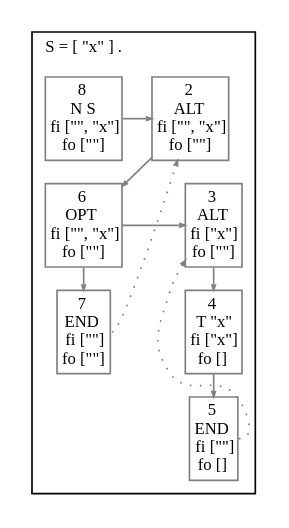
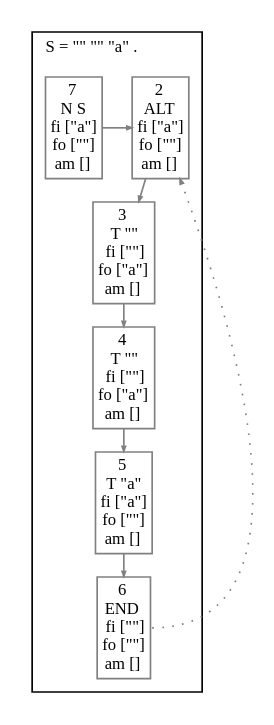
One commit to JanWillemBrands/AoC2021 changed the diagram in ART.gv. Above: the diagram before and after it, drawn with Graphviz. The commit also changed 8 other files, not shown here.

```diff
--- a/ART.gv
+++ b/ART.gv
@@ -1,28 +1,25 @@
 digraph G {
   fontname = Menlo
   fontsize = 10
   node [fontname = Menlo, fontsize = 10, color = gray, height = 0, width = 0, margin= 0.04]
   edge [fontname = Menlo, fontsize = 10, color = gray, arrowsize = 0.3]
   graph [ordering = out, ranksep = 0.2]
   rankdir = "TB"
   subgraph clusterS {
     node [shape = box]
-    label = <S = [ "x" ] .>
+    label = <S = "" "" "a" .>
     labeljust = l
-    8 [label = <8<br/>N S<br/>fi ["", "x"]<br/>fo [""]>]
-    8 -> 2 {rank = same; 8; 2;}
-    2 [label = <2<br/>ALT <br/>fi ["", "x"]<br/>fo [""]>]
-    2 -> 6 [weight=100]
-    6 [label = <6<br/>OPT <br/>fi ["", "x"]<br/>fo [""]>]
-    6 -> 3 {rank = same; 6; 3;}
-    3 [label = <3<br/>ALT <br/>fi ["x"]<br/>fo [""]>]
+    7 [label = <7<br/>N S<br/>fi ["a"]<br/>fo [""]<br/>am []>]
+    7 -> 2 {rank = same; 7; 2;}
+    2 [label = <2<br/>ALT <br/>fi ["a"]<br/>fo [""]<br/>am []>]
+    2 -> 3 [weight=100]
+    3 [label = <3<br/>T ""<br/>fi [""]<br/>fo ["a"]<br/>am []>]
     3 -> 4 [weight=100]
-    4 [label = <4<br/>T "x"<br/>fi ["x"]<br/>fo []>]
+    4 [label = <4<br/>T ""<br/>fi [""]<br/>fo ["a"]<br/>am []>]
     4 -> 5 [weight=100]
-    5 [label = <5<br/>END <br/>fi [""]<br/>fo []>]
-    6 -> 7 [weight=100]
-    7 [label = <7<br/>END <br/>fi [""]<br/>fo [""]>]
+    5 [label = <5<br/>T "a"<br/>fi ["a"]<br/>fo [""]<br/>am []>]
+    5 -> 6 [weight=100]
+    6 [label = <6<br/>END <br/>fi [""]<br/>fo [""]<br/>am []>]
   }
-  5:e -> 3 [style = dotted, constraint = false]
-  7:e -> 2 [style = dotted, constraint = false]
+  6:e -> 2 [style = dotted, constraint = false]
 }
```
